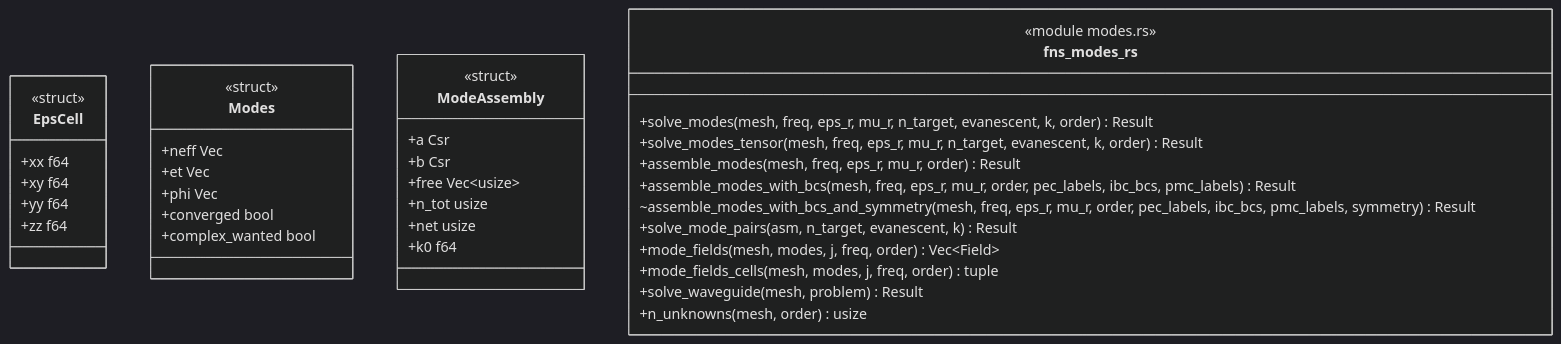
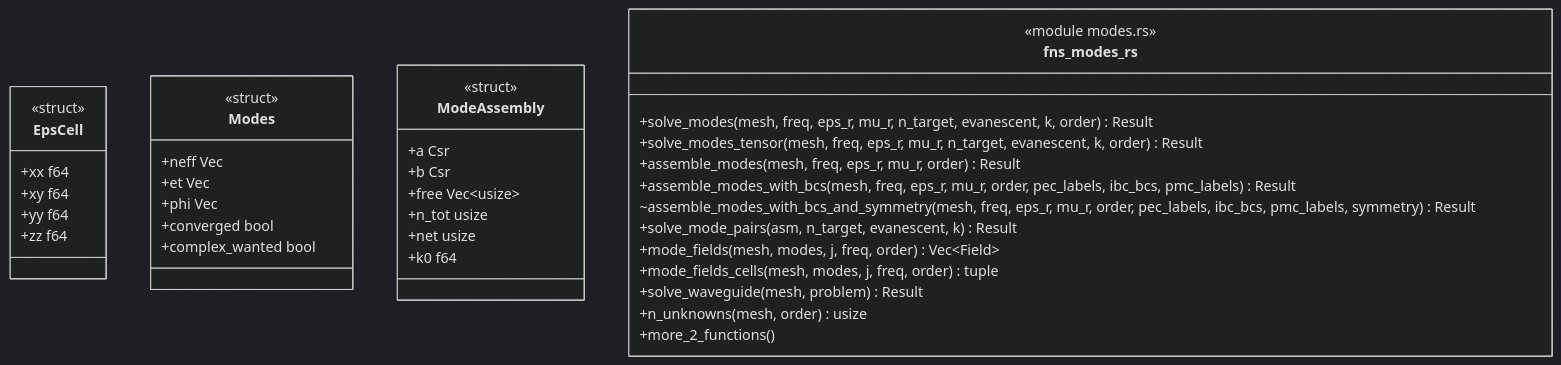
The diagram in docs/architecture/c4/4-code/ems/modes.md (p-j-r/nyx), drawn with Mermaid (dark theme) before and after one commit. The commit also changed other lines of this file and 110 other files, not shown here.

````diff
--- a/docs/architecture/c4/4-code/ems/modes.md
+++ b/docs/architecture/c4/4-code/ems/modes.md
@@ -44,40 +46,41 @@
 ```mermaid
 classDiagram
   class EpsCell {
       <<struct>>
       +xx f64
       +xy f64
       +yy f64
       +zz f64
   }
   class Modes {
       <<struct>>
       +neff Vec
       +et Vec
       +phi Vec
       +converged bool
       +complex_wanted bool
   }
   class ModeAssembly {
       <<struct>>
       +a Csr
       +b Csr
       +free Vec~usize~
       +n_tot usize
       +net usize
       +k0 f64
   }
   class fns_modes_rs {
       <<module modes.rs>>
       +solve_modes(mesh, freq, eps_r, mu_r, n_target, evanescent, k, order) Result
       +solve_modes_tensor(mesh, freq, eps_r, mu_r, n_target, evanescent, k, order) Result
       +assemble_modes(mesh, freq, eps_r, mu_r, order) Result
       +assemble_modes_with_bcs(mesh, freq, eps_r, mu_r, order, pec_labels, ibc_bcs, pmc_labels) Result
       ~assemble_modes_with_bcs_and_symmetry(mesh, freq, eps_r, mu_r, order, pec_labels, ibc_bcs, pmc_labels, symmetry) Result
       +solve_mode_pairs(asm, n_target, evanescent, k) Result
       +mode_fields(mesh, modes, j, freq, order) Vec~Field~
       +mode_fields_cells(mesh, modes, j, freq, order) tuple
       +solve_waveguide(mesh, problem) Result
       +n_unknowns(mesh, order) usize
+      +more_2_functions()
   }
 ```
````
